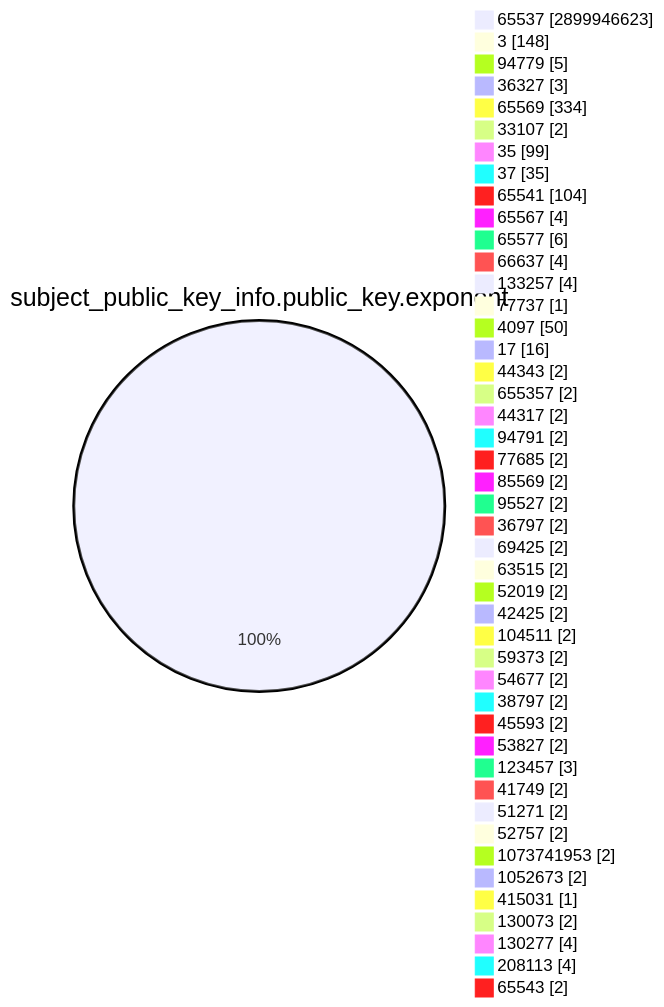
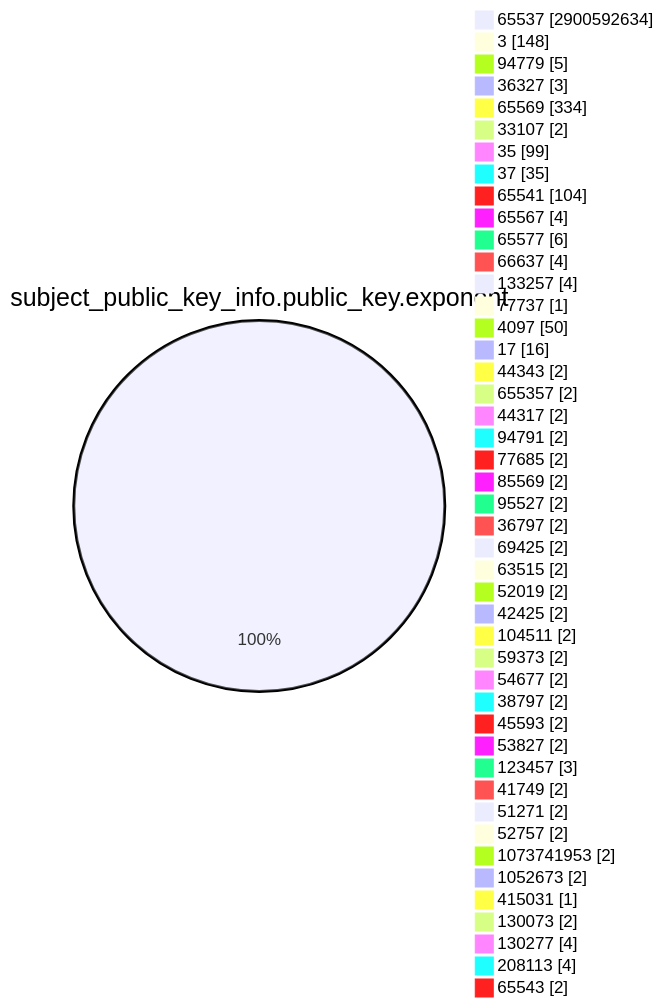
Before and after one commit to christiankrug/ctmonitor_visualization: the fourth of 15 diagrams in TOTAL/README.md, drawn with Mermaid. The commit also changed other lines of this file, not shown here.

````diff
--- a/TOTAL/README.md
+++ b/TOTAL/README.md
@@ -1469,49 +1469,49 @@
 ```mermaid
 pie showData
 title subject_public_key_info.public_key.exponent
-"65537" :2899946623
+"65537" :2900592634
 "3" :148
 "94779" :5
 "36327" :3
 "65569" :334
 "33107" :2
 "35" :99
 "37" :35
 "65541" :104
 "65567" :4
 "65577" :6
 "66637" :4
 "133257" :4
 "77737" :1
 "4097" :50
 "17" :16
 "44343" :2
 "655357" :2
 "44317" :2
 "94791" :2
 "77685" :2
 "85569" :2
 "95527" :2
 "36797" :2
 "69425" :2
 "63515" :2
 "52019" :2
 "42425" :2
 "104511" :2
 "59373" :2
 "54677" :2
 "38797" :2
 "45593" :2
 "53827" :2
 "123457" :3
 "41749" :2
 "51271" :2
 "52757" :2
 "1073741953" :2
 "1052673" :2
 "415031" :1
 "130073" :2
 "130277" :4
 "208113" :4
 "65543" :2
 ```
````
